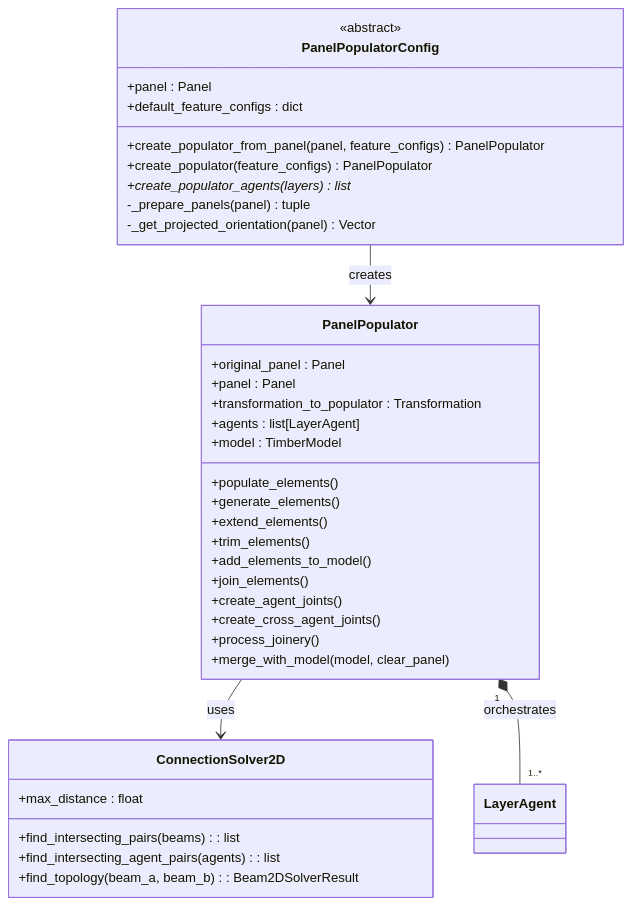
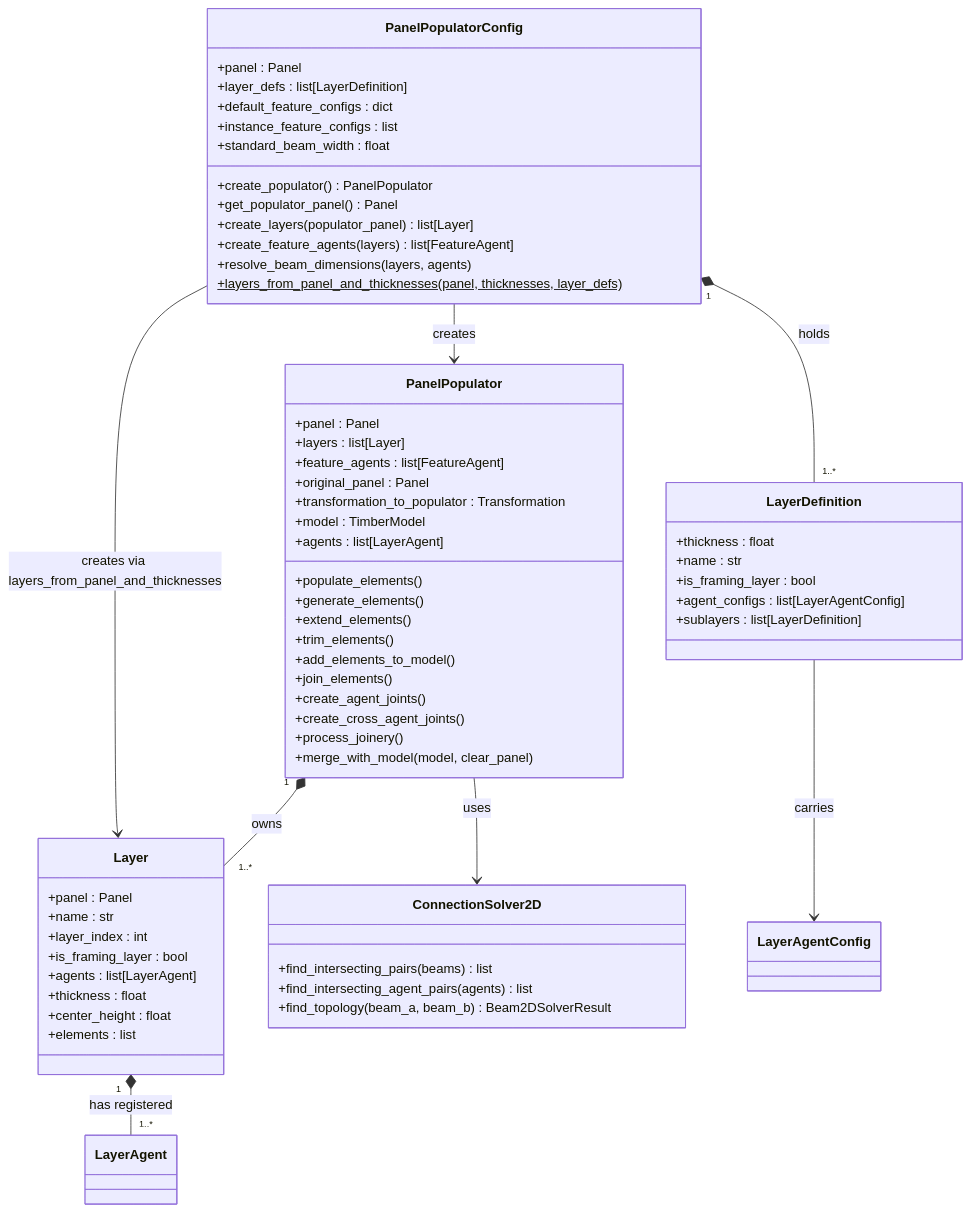
The first of 7 diagrams in docs/contribution/class_diagrams.md (gramaziokohler/timber_design), drawn with Mermaid before and after one commit. The commit also changed other lines of this file and 27 other files, not shown here.

````diff
--- a/docs/contribution/class_diagrams.md
+++ b/docs/contribution/class_diagrams.md
@@ -14,43 +13,70 @@
 ```mermaid
 classDiagram
 
+    class PanelPopulatorConfig {
+        +panel : Panel
+        +layer_defs : list[LayerDefinition]
+        +default_feature_configs : dict
+        +instance_feature_configs : list
+        +standard_beam_width : float
+        +create_populator() PanelPopulator
+        +get_populator_panel() Panel
+        +create_layers(populator_panel) list[Layer]
+        +create_feature_agents(layers) list[FeatureAgent]
+        +resolve_beam_dimensions(layers, agents)
+        +layers_from_panel_and_thicknesses(panel, thicknesses, layer_defs)$
+    }
+
     class PanelPopulator {
+        +panel : Panel
+        +layers : list[Layer]
+        +feature_agents : list[FeatureAgent]
         +original_panel : Panel
-        +panel : Panel
         +transformation_to_populator : Transformation
+        +model : TimberModel
         +agents : list[LayerAgent]
-        +model : TimberModel
         +populate_elements()
         +generate_elements()
         +extend_elements()
         +trim_elements()
         +add_elements_to_model()
         +join_elements()
         +create_agent_joints()
         +create_cross_agent_joints()
         +process_joinery()
         +merge_with_model(model, clear_panel)
     }
 
-    class PanelPopulatorConfig {
-        <<abstract>>
+    class Layer {
         +panel : Panel
-        +default_feature_configs : dict
-        +create_populator_from_panel(panel, feature_configs) PanelPopulator
-        +create_populator(feature_configs) PanelPopulator
-        +create_populator_agents(layers)* list
-        -_prepare_panels(panel) tuple
-        -_get_projected_orientation(panel) Vector
+        +name : str
+        +layer_index : int
+        +is_framing_layer : bool
+        +agents : list[LayerAgent]
+        +thickness : float
+        +center_height : float
+        +elements : list
+    }
+
+    class LayerDefinition {
+        +thickness : float
+        +name : str
+        +is_framing_layer : bool
+        +agent_configs : list[LayerAgentConfig]
+        +sublayers : list[LayerDefinition]
     }
 
     class ConnectionSolver2D {
-        +max_distance : float
-        +find_intersecting_pairs(beams) : list
-        +find_intersecting_agent_pairs(agents) : list
-        +find_topology(beam_a, beam_b) : Beam2DSolverResult
+        +find_intersecting_pairs(beams) list
+        +find_intersecting_agent_pairs(agents) list
+        +find_topology(beam_a, beam_b) Beam2DSolverResult
     }
 
     PanelPopulatorConfig --> PanelPopulator : creates
+    PanelPopulatorConfig "1" *-- "1..*" LayerDefinition : holds
+    PanelPopulatorConfig --> Layer : creates via layers_from_panel_and_thicknesses
+    PanelPopulator "1" *-- "1..*" Layer : owns
     PanelPopulator --> ConnectionSolver2D : uses
-    PanelPopulator "1" *-- "1..*" LayerAgent : orchestrates
+    Layer "1" *-- "1..*" LayerAgent : has registered
+    LayerDefinition --> LayerAgentConfig : carries
 ```
````
